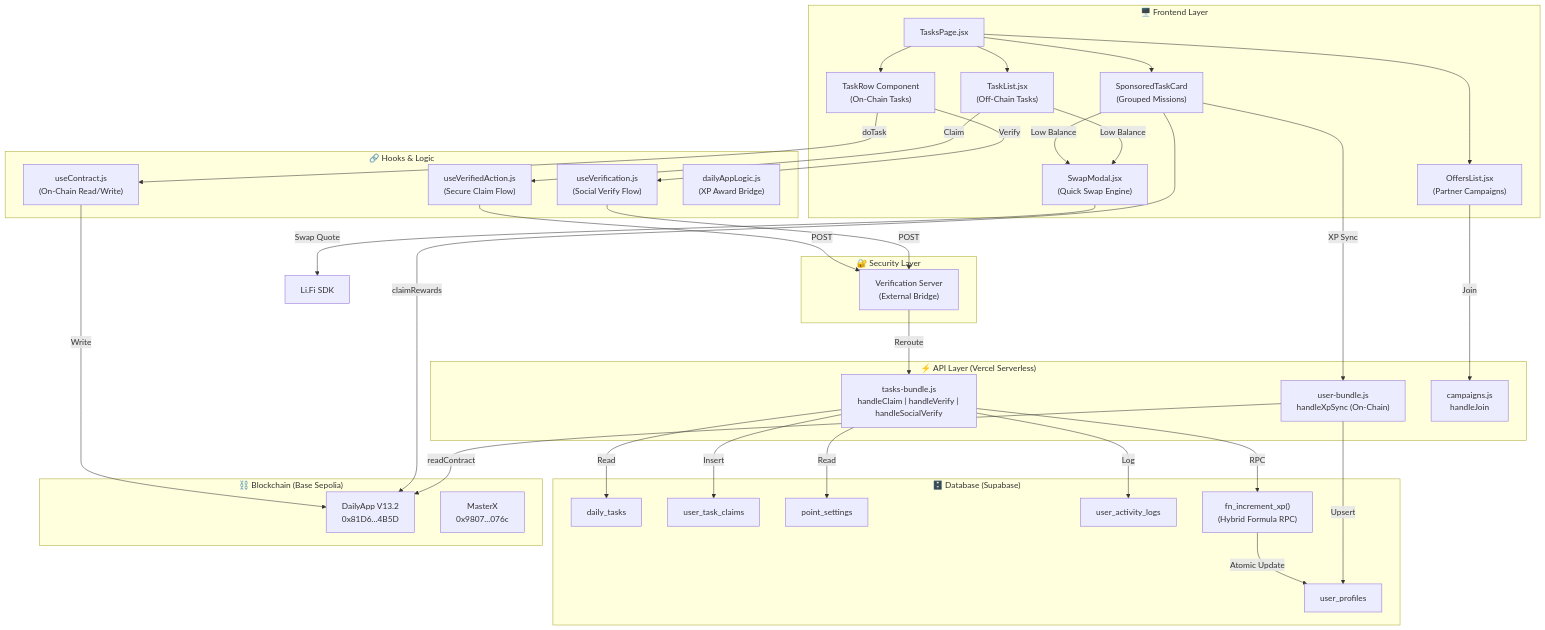
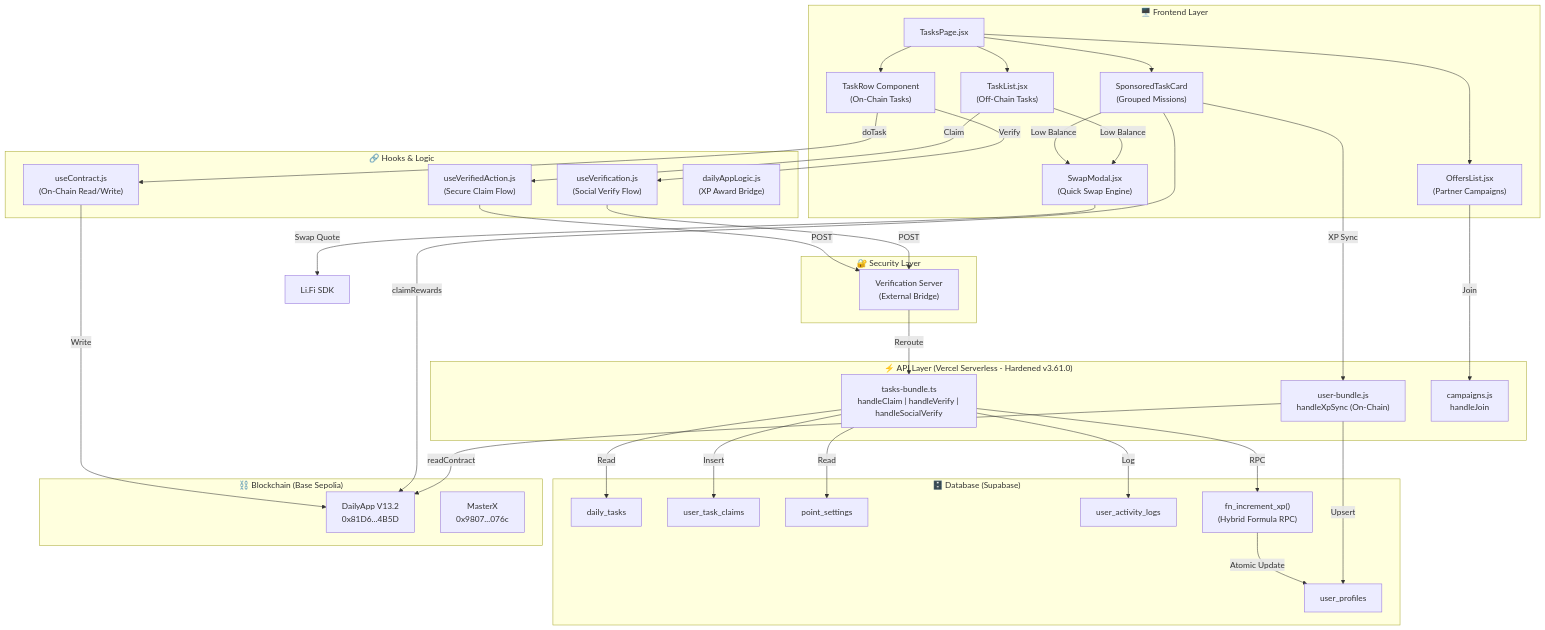
One commit to cryptodiscolab/Crypto_Discovery_App changed the first of 8 diagrams in PRD/TASK_FEATURE_WORKFLOW.md. Above: the diagram before and after it, drawn with Mermaid. The commit also changed other lines of this file and 4 other files, not shown here.

````diff
--- a/PRD/TASK_FEATURE_WORKFLOW.md
+++ b/PRD/TASK_FEATURE_WORKFLOW.md
@@ -42,63 +43,63 @@
 ```mermaid
 graph TB
     subgraph "🖥️ Frontend Layer"
         TP["TasksPage.jsx"]
         TL["TaskList.jsx<br/>(Off-Chain Tasks)"]
         TR["TaskRow Component<br/>(On-Chain Tasks)"]
         STC["SponsoredTaskCard<br/>(Grouped Missions)"]
         OL["OffersList.jsx<br/>(Partner Campaigns)"]
         SM["SwapModal.jsx<br/>(Quick Swap Engine)"]
     end
 
     subgraph "🔗 Hooks & Logic"
         UV["useVerification.js<br/>(Social Verify Flow)"]
         UVA["useVerifiedAction.js<br/>(Secure Claim Flow)"]
         UC["useContract.js<br/>(On-Chain Read/Write)"]
         DAL["dailyAppLogic.js<br/>(XP Award Bridge)"]
     end
 
-    subgraph "⚡ API Layer (Vercel Serverless)"
-        TB["tasks-bundle.js<br/>handleClaim | handleVerify | handleSocialVerify"]
+    subgraph "⚡ API Layer (Vercel Serverless - Hardened v3.61.0)"
+        TB["tasks-bundle.ts<br/>handleClaim | handleVerify | handleSocialVerify"]
         UB["user-bundle.js<br/>handleXpSync (On-Chain)"]
         CB["campaigns.js<br/>handleJoin"]
     end
 
     subgraph "🔐 Security Layer"
         VS["Verification Server<br/>(External Bridge)"]
     end
 
     subgraph "🗄️ Database (Supabase)"
         DT["daily_tasks"]
         UTC["user_task_claims"]
         UP["user_profiles"]
         PS["point_settings"]
         UAL["user_activity_logs"]
         FN["fn_increment_xp()<br/>(Hybrid Formula RPC)"]
     end
 
     subgraph "⛓️ Blockchain (Base Sepolia)"
         DA["DailyApp V13.2<br/>0x81D6...4B5D"]
         MX["MasterX<br/>0x9807...076c"]
     end
 
     TP --> TL & TR & STC & OL
     TL -->|Claim| UVA -->|POST| VS
     TR -->|doTask| UC -->|Write| DA
     TR -->|Verify| UV -->|POST| VS
     STC -->|claimRewards| DA
     STC -->|XP Sync| UB
     OL -->|Join| CB
     SM -->|Swap Quote| LS[Li.Fi SDK]
     STC -->|Low Balance| SM
     TL -->|Low Balance| SM
 
     VS -->|Reroute| TB
     TB -->|Insert| UTC
     TB -->|RPC| FN
     TB -->|Read| PS & DT
     TB -->|Log| UAL
     FN -->|Atomic Update| UP
 
     UB -->|readContract| DA
     UB -->|Upsert| UP
 ```
````
